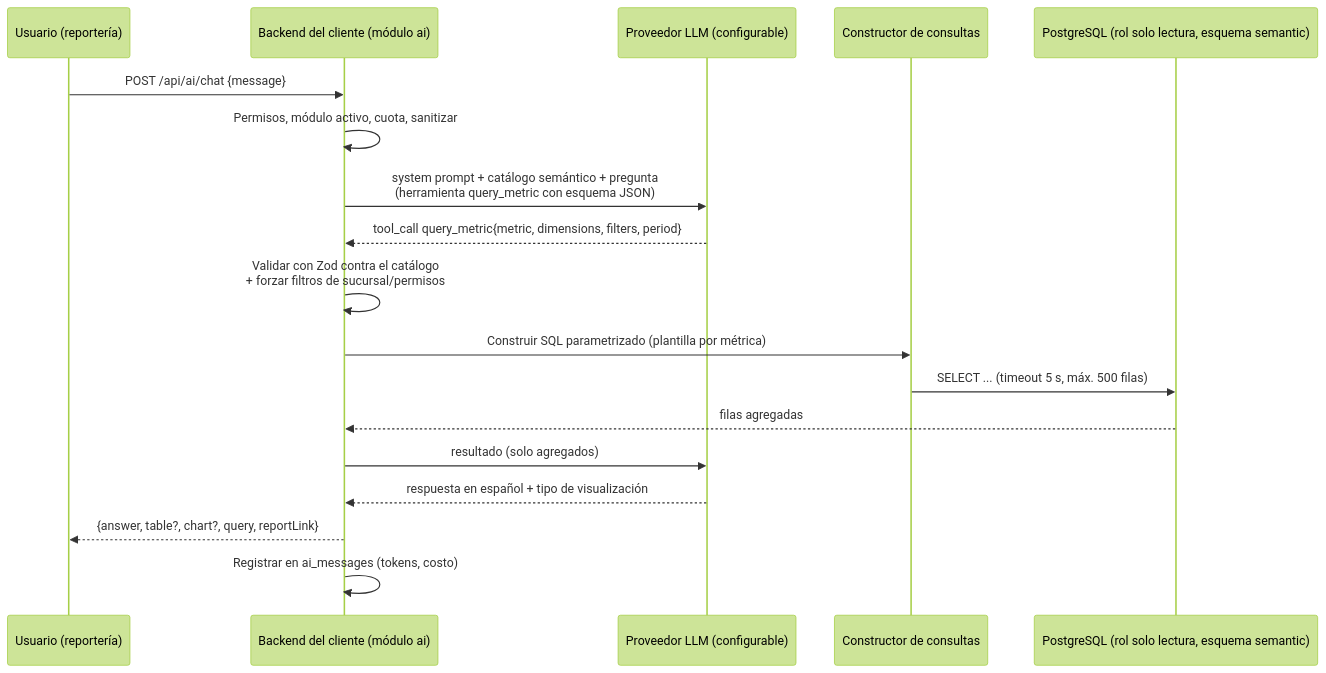
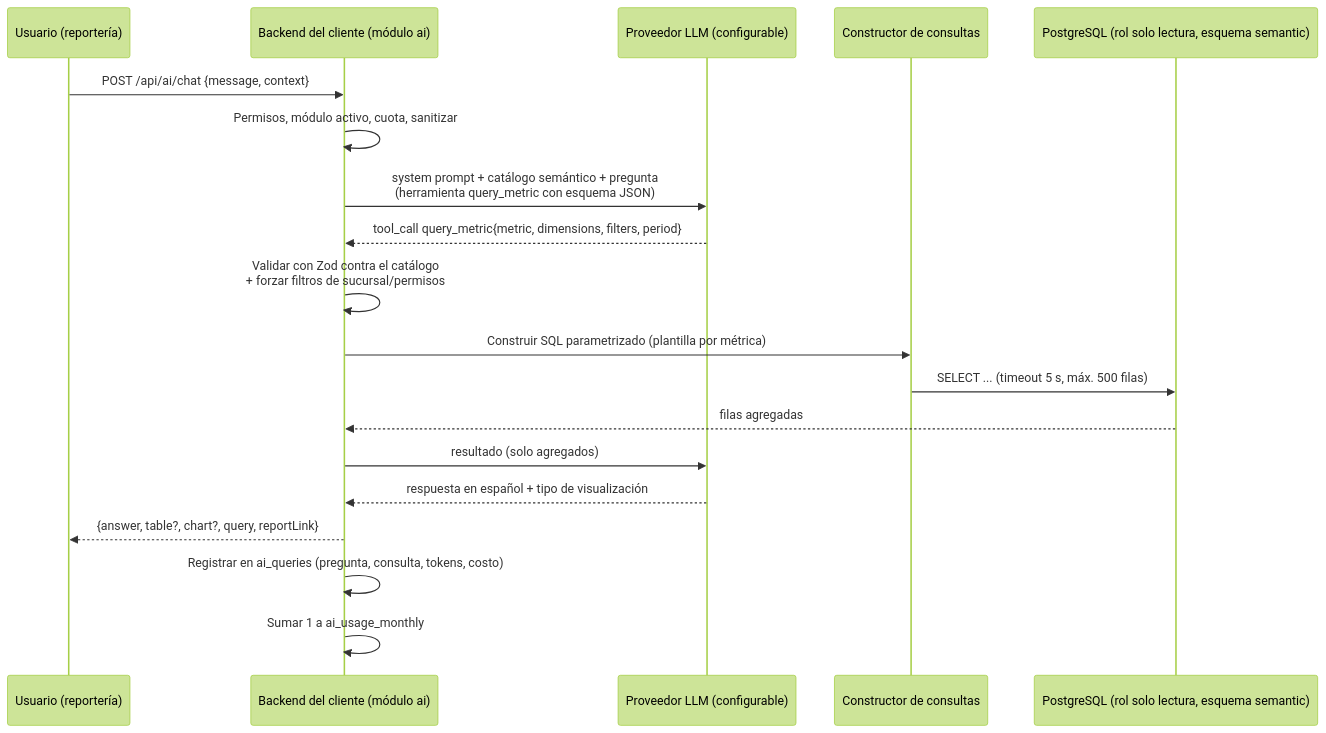
The diagram in Docs/10-chatbot-ia.md (PabloReyes1/mise-by-rengo), drawn with Mermaid (forest theme) before and after one commit. The commit also changed other lines of this file and 103 other files, not shown here.

````diff
--- a/Docs/10-chatbot-ia.md
+++ b/Docs/10-chatbot-ia.md
@@ -12,20 +12,21 @@
 ```mermaid
 sequenceDiagram
     participant U as Usuario (reportería)
     participant API as Backend del cliente (módulo ai)
     participant LLM as Proveedor LLM (configurable)
     participant SQ as Constructor de consultas
     participant RO as PostgreSQL (rol solo lectura, esquema semantic)
-    U->>API: POST /api/ai/chat {message}
+    U->>API: POST /api/ai/chat {message, context}
     API->>API: Permisos, módulo activo, cuota, sanitizar
     API->>LLM: system prompt + catálogo semántico + pregunta<br/>(herramienta query_metric con esquema JSON)
     LLM-->>API: tool_call query_metric{metric, dimensions, filters, period}
     API->>API: Validar con Zod contra el catálogo<br/>+ forzar filtros de sucursal/permisos
     API->>SQ: Construir SQL parametrizado (plantilla por métrica)
     SQ->>RO: SELECT ... (timeout 5 s, máx. 500 filas)
     RO-->>API: filas agregadas
     API->>LLM: resultado (solo agregados)
     LLM-->>API: respuesta en español + tipo de visualización
     API-->>U: {answer, table?, chart?, query, reportLink}
-    API->>API: Registrar en ai_messages (tokens, costo)
+    API->>API: Registrar en ai_queries (pregunta, consulta, tokens, costo)
+    API->>API: Sumar 1 a ai_usage_monthly
 ```
````
